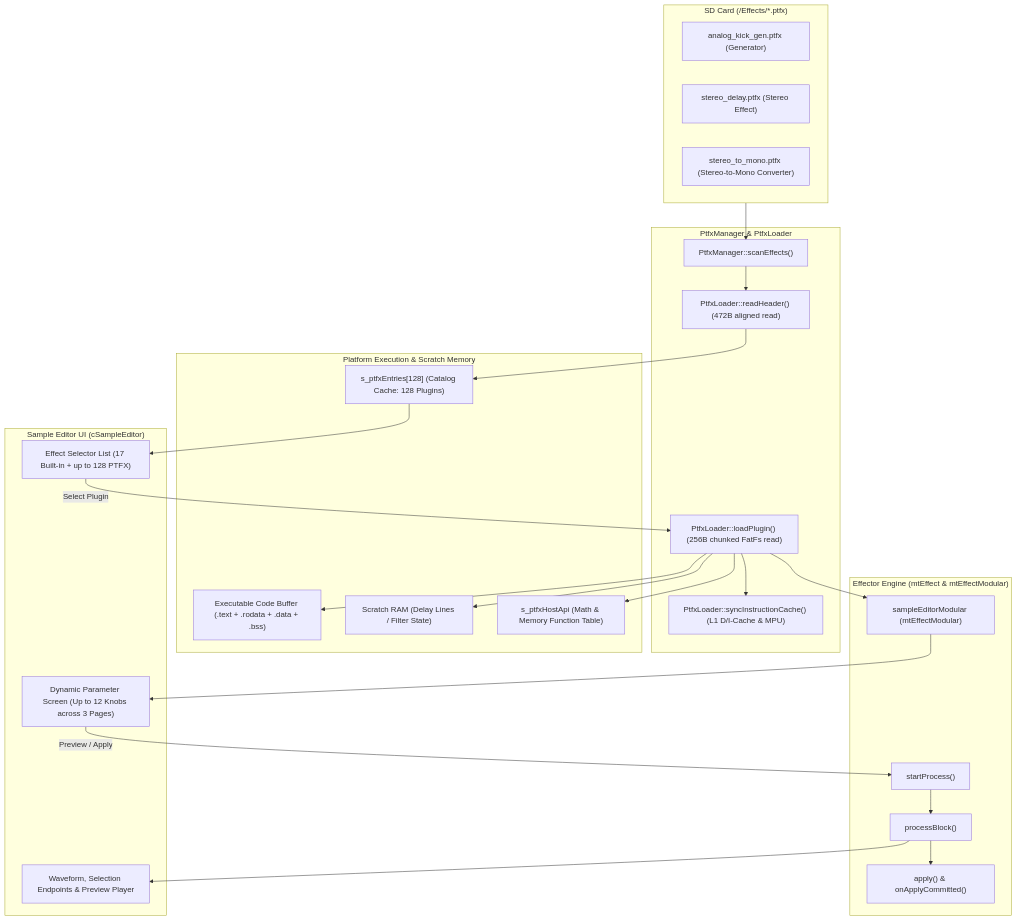
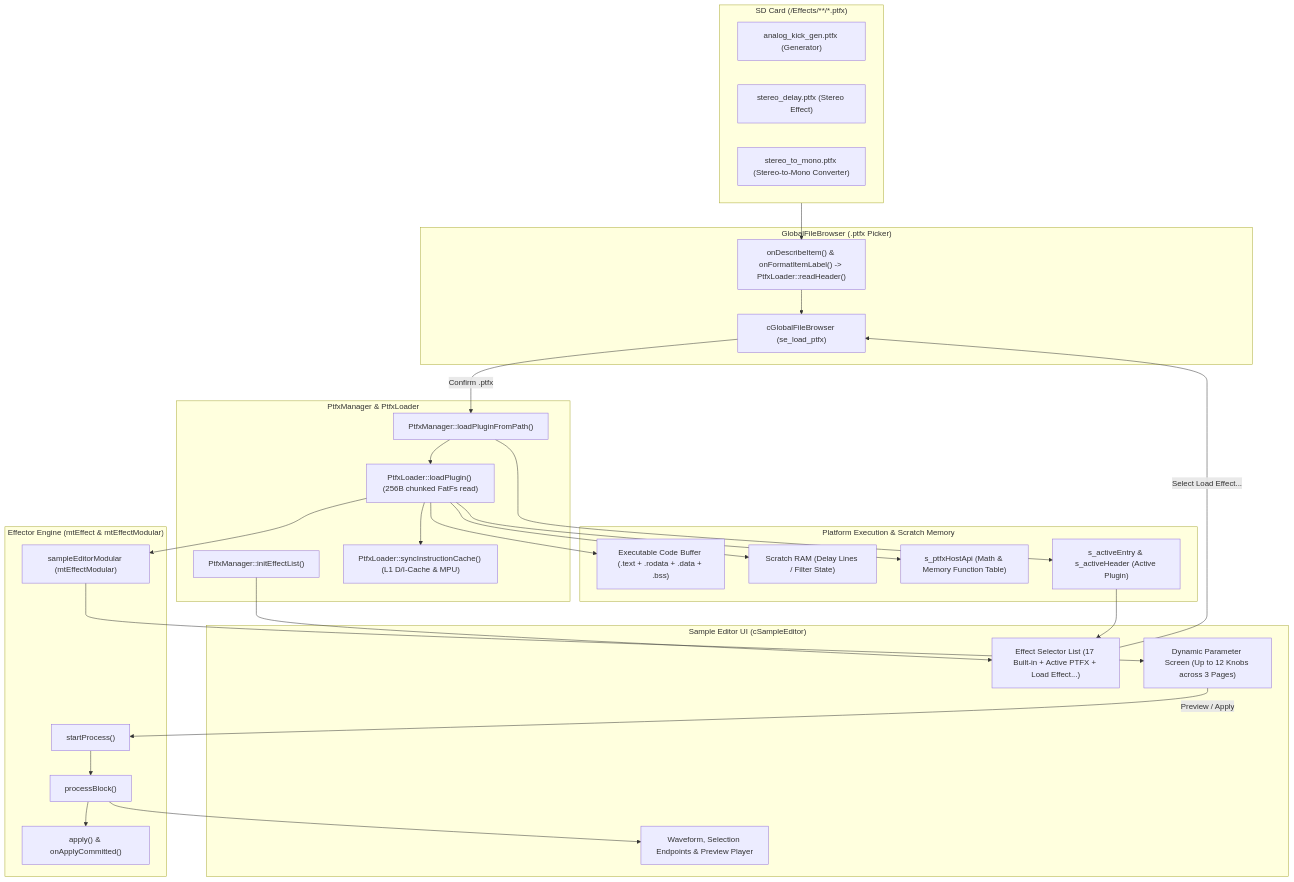
The diagram in docs/modular_effects_system.md (6prwfgwd58-beep/tracker-ce), drawn with Mermaid before and after one commit. The commit also changed other lines of this file and 13 other files, not shown here.

Commit message:
feat: global file browser improvements & new reference effect plugin

````diff
--- a/docs/modular_effects_system.md
+++ b/docs/modular_effects_system.md
@@ -503,51 +506,59 @@
 ```mermaid
 flowchart TD
-    subgraph Storage ["SD Card (/Effects/*.ptfx)"]
+    subgraph Storage ["SD Card (/Effects/**/*.ptfx)"]
         FX1["analog_kick_gen.ptfx (Generator)"]
         FX2["stereo_delay.ptfx (Stereo Effect)"]
         FX3["stereo_to_mono.ptfx (Stereo-to-Mono Converter)"]
     end
 
+    subgraph Browser ["GlobalFileBrowser (.ptfx Picker)"]
+        Pick["cGlobalFileBrowser (se_load_ptfx)"]
+        Desc["onDescribeItem() & onFormatItemLabel() -> PtfxLoader::readHeader()"]
+    end
+
     subgraph Manager ["PtfxManager & PtfxLoader"]
-        Scan["PtfxManager::scanEffects()"]
-        Header["PtfxLoader::readHeader() (472B aligned read)"]
+        Init["PtfxManager::initEffectList()"]
+        LoadPath["PtfxManager::loadPluginFromPath()"]
         Load["PtfxLoader::loadPlugin() (256B chunked FatFs read)"]
         Cache["PtfxLoader::syncInstructionCache() (L1 D/I-Cache & MPU)"]
     end
 
     subgraph Memory ["Platform Execution & Scratch Memory"]
         CodeBuf["Executable Code Buffer (.text + .rodata + .data + .bss)"]
         Scratch["Scratch RAM (Delay Lines / Filter State)"]
         HostApi["s_ptfxHostApi (Math & Memory Function Table)"]
-        Entries["s_ptfxEntries[128] (Catalog Cache: 128 Plugins)"]
+        Entry["s_activeEntry & s_activeHeader (Active Plugin)"]
     end
 
     subgraph Effector ["Effector Engine (mtEffect & mtEffectModular)"]
         ModularEff["sampleEditorModular (mtEffectModular)"]
         StartProc["startProcess()"]
         ProcessBlock["processBlock()"]
         Apply["apply() & onApplyCommitted()"]
     end
 
     subgraph UI ["Sample Editor UI (cSampleEditor)"]
-        List["Effect Selector List (17 Built-in + up to 128 PTFX)"]
+        List["Effect Selector List (17 Built-in + Active PTFX + Load Effect...)"]
         Knobs["Dynamic Parameter Screen (Up to 12 Knobs across 3 Pages)"]
         Wave["Waveform, Selection Endpoints & Preview Player"]
     end
 
-    Storage --> Scan
-    Scan --> Header
-    Header --> Entries
-    Entries --> List
-    List -->|Select Plugin| Load
+    Init --> List
+    List -->|Select Load Effect...| Pick
+    Storage --> Desc
+    Desc --> Pick
+    Pick -->|Confirm .ptfx| LoadPath
+    LoadPath --> Entry
+    LoadPath --> Load
+    Entry --> List
     Load --> CodeBuf
     Load --> Cache
     Load --> Scratch
     Load --> HostApi
     Load --> ModularEff
     ModularEff --> Knobs
     Knobs -->|Preview / Apply| StartProc
     StartProc --> ProcessBlock
     ProcessBlock --> Wave
     ProcessBlock --> Apply
 ```
````
